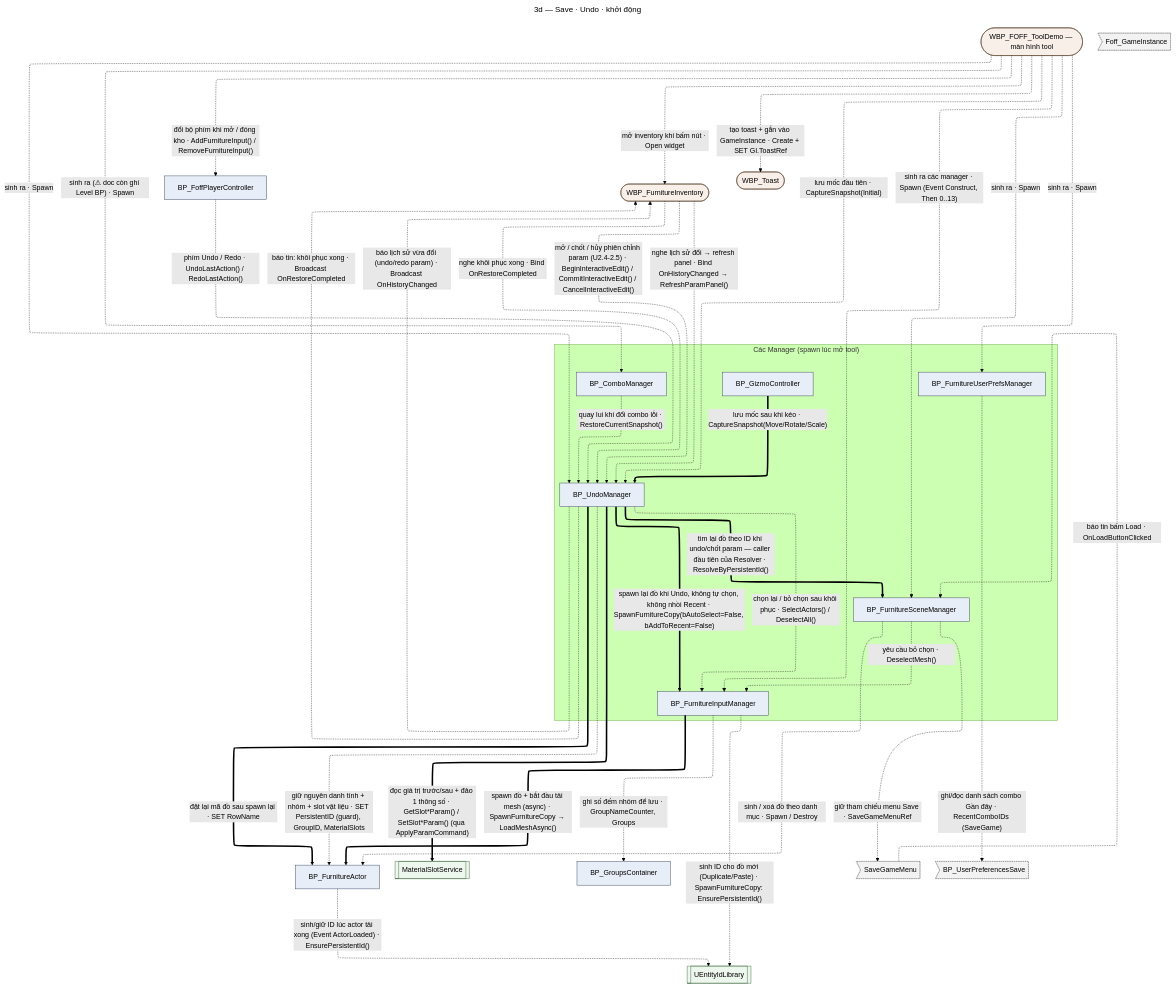
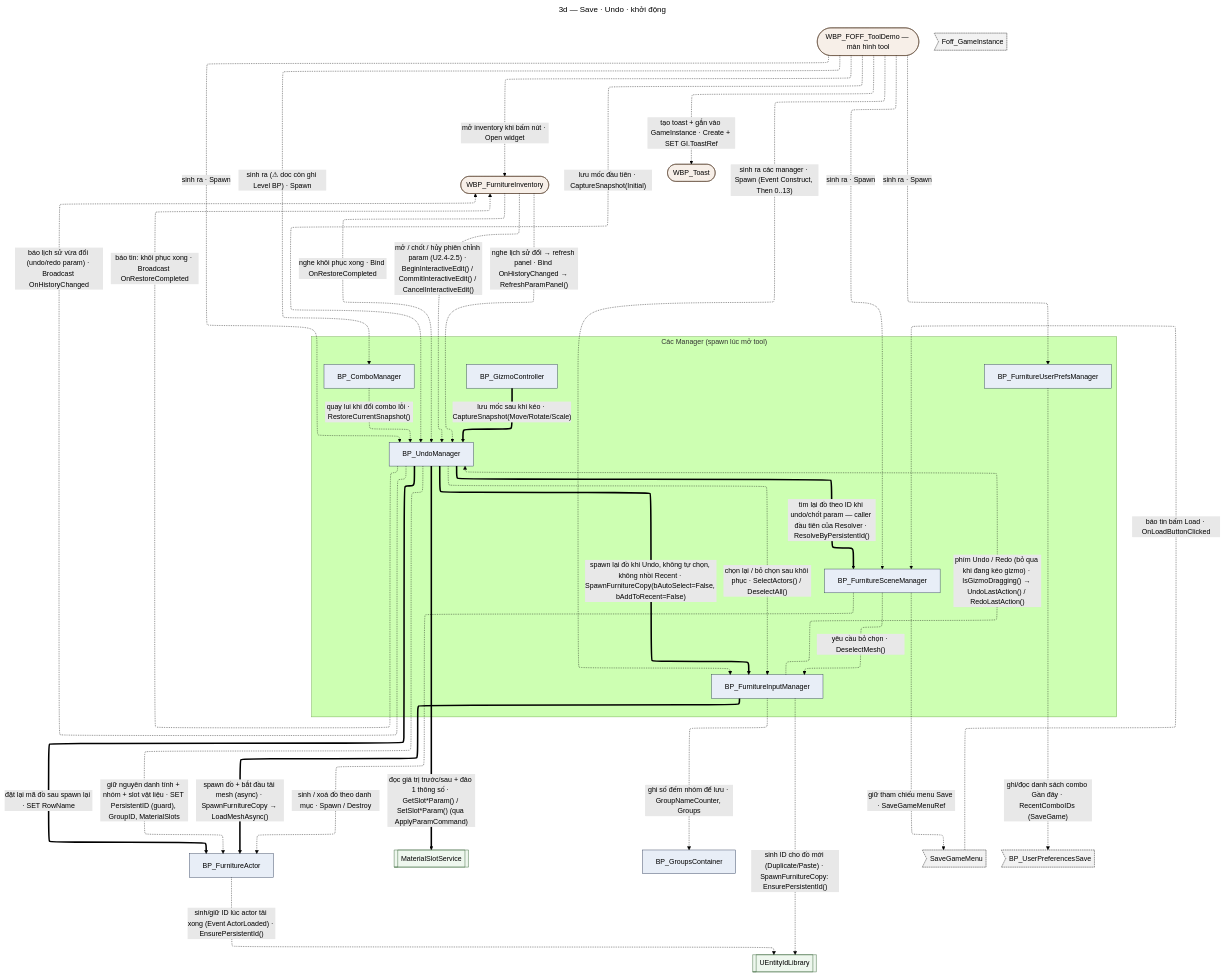
One commit to olivercu04/UE5_InteriorTool_Docs changed the fifth of 26 diagrams in docs/00_Core/Architecture_Map.md. Above: the diagram before and after it, drawn with Mermaid (forest theme). The commit also changed other lines of this file and 30 other files, not shown here.

Commit message:
Bộ não v1.8–1.11 + fix gizmo Scale/F2 + sửa drift Input (Gate 1.5 B2)

````diff
--- a/docs/00_Core/Architecture_Map.md
+++ b/docs/00_Core/Architecture_Map.md
@@ -632,70 +636,68 @@
 ```mermaid
 ---
 title: "3d — Save · Undo · khởi động"
 config:
   flowchart:
     defaultRenderer: elk
 ---
 flowchart TB
   TOOLDEMO(["WBP_FOFF_ToolDemo — màn hình tool"])
   subgraph MGRS["Các Manager (spawn lúc mở tool)"]
     IM["BP_FurnitureInputManager"]
     UNDO["BP_UndoManager"]
     COMBO["BP_ComboManager"]
     SCENE["BP_FurnitureSceneManager"]
     PREFS["BP_FurnitureUserPrefsManager"]
     GIZMO["BP_GizmoController"]
   end
   FA["BP_FurnitureActor"]
   EIL[["UEntityIdLibrary"]]
   MSS[["MaterialSlotService"]]
   GROUPS["BP_GroupsContainer"]
-  PC["BP_FoffPlayerController"]
   INV(["WBP_FurnitureInventory"])
   TOAST(["WBP_Toast"])
   GI>"Foff_GameInstance"]
   SGMENU>"SaveGameMenu"]
   UPS>"BP_UserPreferencesSave"]
 
   TOOLDEMO -.->|"sinh ra các manager · Spawn (Event Construct, Then 0..13)"| IM
   TOOLDEMO -.->|"sinh ra · Spawn"| UNDO
   TOOLDEMO -.->|"sinh ra (⚠ doc còn ghi Level BP) · Spawn"| COMBO
   TOOLDEMO -.->|"sinh ra · Spawn"| SCENE
   TOOLDEMO -.->|"sinh ra · Spawn"| PREFS
   TOOLDEMO -.->|"tạo toast + gắn vào GameInstance · Create + SET GI.ToastRef"| TOAST
   TOOLDEMO -.->|"lưu mốc đầu tiên · CaptureSnapshot(Initial)"| UNDO
   TOOLDEMO -.->|"mở inventory khi bấm nút · Open widget"| INV
   UNDO ==>|"spawn lại đồ khi Undo, không tự chọn, không nhồi Recent · SpawnFurnitureCopy(bAutoSelect=False, bAddToRecent=False)"| IM
   IM ==>|"spawn đồ + bắt đầu tải mesh (async) · SpawnFurnitureCopy → LoadMeshAsync()"| FA
   UNDO ==>|"đặt lại mã đồ sau spawn lại · SET RowName"| FA
   UNDO -.->|"giữ nguyên danh tính + nhóm + slot vật liệu · SET PersistentID (guard), GroupID, MaterialSlots"| FA
   UNDO -.->|"chọn lại / bỏ chọn sau khôi phục · SelectActors() / DeselectAll()"| IM
   FA -.->|"sinh/giữ ID lúc actor tải xong (Event ActorLoaded) · EnsurePersistentId()"| EIL
   IM -.->|"sinh ID cho đồ mới (Duplicate/Paste) · SpawnFurnitureCopy: EnsurePersistentId()"| EIL
   UNDO -.->|"báo tin: khôi phục xong · Broadcast OnRestoreCompleted"| INV
   COMBO -.->|"quay lui khi đổi combo lỗi · RestoreCurrentSnapshot()"| UNDO
   GIZMO ==>|"lưu mốc sau khi kéo · CaptureSnapshot(Move/Rotate/Scale)"| UNDO
-  PC -.->|"phím Undo / Redo · UndoLastAction() / RedoLastAction()"| UNDO
+  IM -.->|"phím Undo / Redo (bỏ qua khi đang kéo gizmo) · IsGizmoDragging() → UndoLastAction() / RedoLastAction()"| UNDO
   INV -.->|"nghe khôi phục xong · Bind OnRestoreCompleted"| UNDO
   SCENE -.->|"sinh / xoá đồ theo danh mục · Spawn / Destroy"| FA
   SCENE -.->|"giữ tham chiếu menu Save · SaveGameMenuRef"| SGMENU
   SCENE -.->|"yêu cầu bỏ chọn · DeselectMesh()"| IM
   PREFS -.->|"ghi/đọc danh sách combo Gần đây · RecentComboIDs (SaveGame)"| UPS
   IM -.->|"ghi số đếm nhóm để lưu · GroupNameCounter, Groups"| GROUPS
   INV -.->|"mở / chốt / hủy phiên chỉnh param (U2.4-2.5) · BeginInteractiveEdit() / CommitInteractiveEdit() / CancelInteractiveEdit()"| UNDO
   UNDO ==>|"tìm lại đồ theo ID khi undo/chốt param — caller đầu tiên của Resolver · ResolveByPersistentId()"| SCENE
   UNDO ==>|"đọc giá trị trước/sau + đảo 1 thông số · GetSlot*Param() / SetSlot*Param() (qua ApplyParamCommand)"| MSS
   UNDO -.->|"báo lịch sử vừa đổi (undo/redo param) · Broadcast OnHistoryChanged"| INV
   INV -.->|"nghe lịch sử đổi → refresh panel · Bind OnHistoryChanged → RefreshParamPanel()"| UNDO
-  TOOLDEMO -.->|"đổi bộ phím khi mở / đóng kho · AddFurnitureInput() / RemoveFurnitureInput()"| PC
   SGMENU -.->|"báo tin bấm Load · OnLoadButtonClicked"| SCENE
 
   classDef bp fill:#e8eef7,stroke:#33415c;
   classDef wbp fill:#f7efe8,stroke:#5c4633;
   classDef ext fill:#f2f2f2,stroke:#888,stroke-dasharray:3 2;
   classDef svc fill:#eef7ee,stroke:#356335;
-  class IM,UNDO,COMBO,SCENE,PREFS,GIZMO,FA,GROUPS,PC bp;
+  class IM,UNDO,COMBO,SCENE,PREFS,GIZMO,FA,GROUPS bp;
   class TOOLDEMO,INV,TOAST wbp;
   class EIL,MSS svc;
   class GI,SGMENU,UPS ext;
 ```
````
